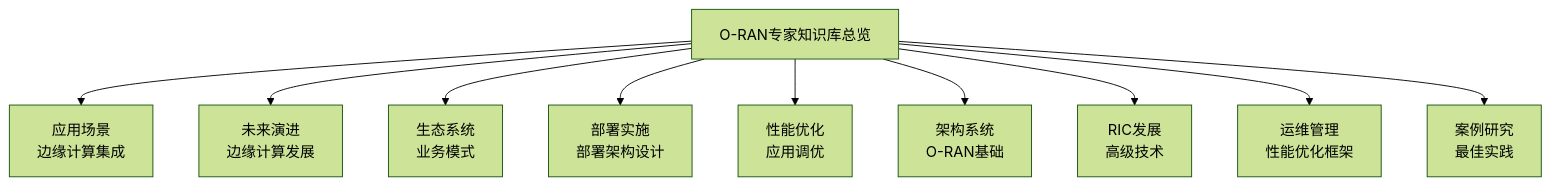
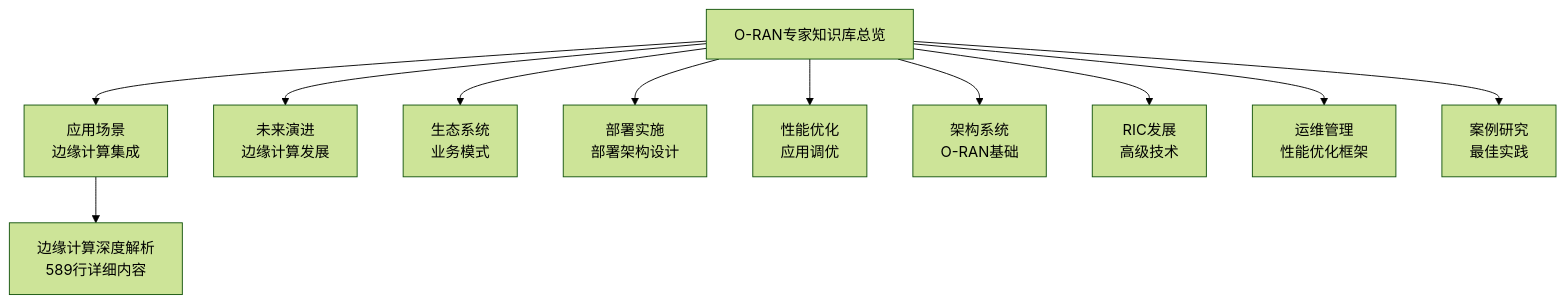
Before and after one commit to allengaller/oran-database: the first of 10 diagrams in .qoder/repowiki/zh/content/应用场景/边缘计算集成.md, drawn with Mermaid (forest theme). The commit also changed other lines of this file and 32 other files, not shown here.

````diff
--- a/.qoder/repowiki/zh/content/应用场景/边缘计算集成.md
+++ b/.qoder/repowiki/zh/content/应用场景/边缘计算集成.md
@@ -44,12 +57,13 @@
 ```mermaid
 graph TB
 A["O-RAN专家知识库总览"] --> B["应用场景<br/>边缘计算集成"]
 A --> C["未来演进<br/>边缘计算发展"]
 A --> D["生态系统<br/>业务模式"]
 A --> E["部署实施<br/>部署架构设计"]
 A --> F["性能优化<br/>应用调优"]
 A --> G["架构系统<br/>O-RAN基础"]
 A --> H["RIC发展<br/>高级技术"]
 A --> I["运维管理<br/>性能优化框架"]
 A --> J["案例研究<br/>最佳实践"]
+B --> K["边缘计算深度解析<br/>589行详细内容"]
 ```
````
